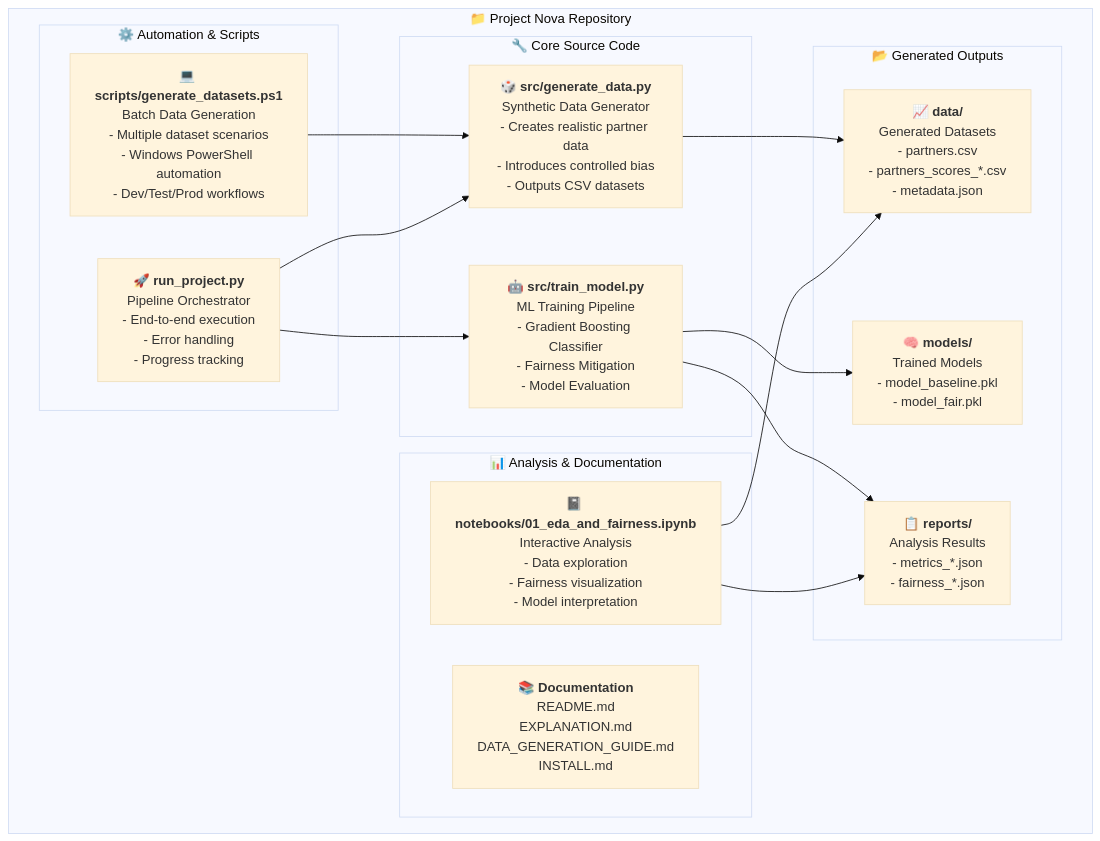
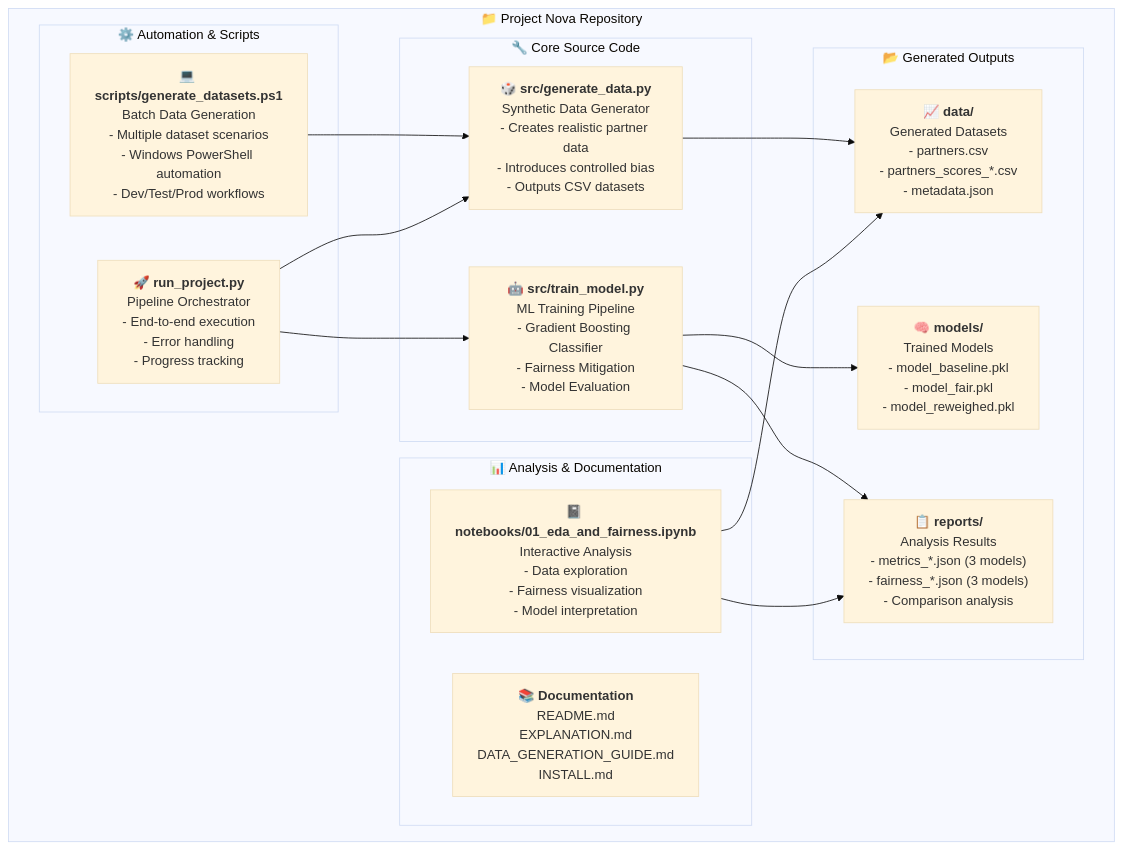
One commit to anibjee/project-nova-credit-scoring changed the first of 9 diagrams in PROJECT_NOVA_FLOWCHART.md. Above: the diagram before and after it, drawn with Mermaid (base theme). The commit also changed other lines of this file and 11 other files, not shown here.

First line of the commit message:
Implement comprehensive three-model fairness framework with extensive documentation

````diff
--- a/PROJECT_NOVA_FLOWCHART.md
+++ b/PROJECT_NOVA_FLOWCHART.md
@@ -7,76 +7,78 @@
 ```mermaid
 ---
 id: 076dc089-420a-4d08-83b7-bb572bf0112c
 ---
 graph TB
     subgraph "📁 Project Nova Repository"
         subgraph "🔧 Core Source Code"
             GEN["`🎲 **src/generate_data.py**
             Synthetic Data Generator
             - Creates realistic partner data
             - Introduces controlled bias
             - Outputs CSV datasets`"]
             
             TRAIN["`🤖 **src/train_model.py**
             ML Training Pipeline
             - Gradient Boosting Classifier
             - Fairness Mitigation
             - Model Evaluation`"]
         end
         
         subgraph "⚙️ Automation & Scripts"
             PS1["`💻 **scripts/generate_datasets.ps1**
             Batch Data Generation
             - Multiple dataset scenarios
             - Windows PowerShell automation
             - Dev/Test/Prod workflows`"]
             
             RUNNER["`🚀 **run_project.py**
             Pipeline Orchestrator
             - End-to-end execution
             - Error handling
             - Progress tracking`"]
         end
         
         subgraph "📊 Analysis & Documentation"
             NB["`📓 **notebooks/01_eda_and_fairness.ipynb**
             Interactive Analysis
             - Data exploration
             - Fairness visualization
             - Model interpretation`"]
             
             DOCS["`📚 **Documentation**
             README.md
             EXPLANATION.md
             DATA_GENERATION_GUIDE.md
             INSTALL.md`"]
         end
         
         subgraph "📂 Generated Outputs"
             DATA["`📈 **data/**
             Generated Datasets
             - partners.csv
             - partners_scores_*.csv
             - metadata.json`"]
             
             MODELS["`🧠 **models/**
             Trained Models
             - model_baseline.pkl
-            - model_fair.pkl`"]
+            - model_fair.pkl
+            - model_reweighed.pkl`"]
             
             REPORTS["`📋 **reports/**
             Analysis Results
-            - metrics_*.json
-            - fairness_*.json`"]
+            - metrics_*.json (3 models)
+            - fairness_*.json (3 models)
+            - Comparison analysis`"]
         end
     end
     
     GEN --> DATA
     TRAIN --> MODELS
     TRAIN --> REPORTS
     PS1 --> GEN
     RUNNER --> GEN
     RUNNER --> TRAIN
     NB --> DATA
     NB --> REPORTS
 ```
````
